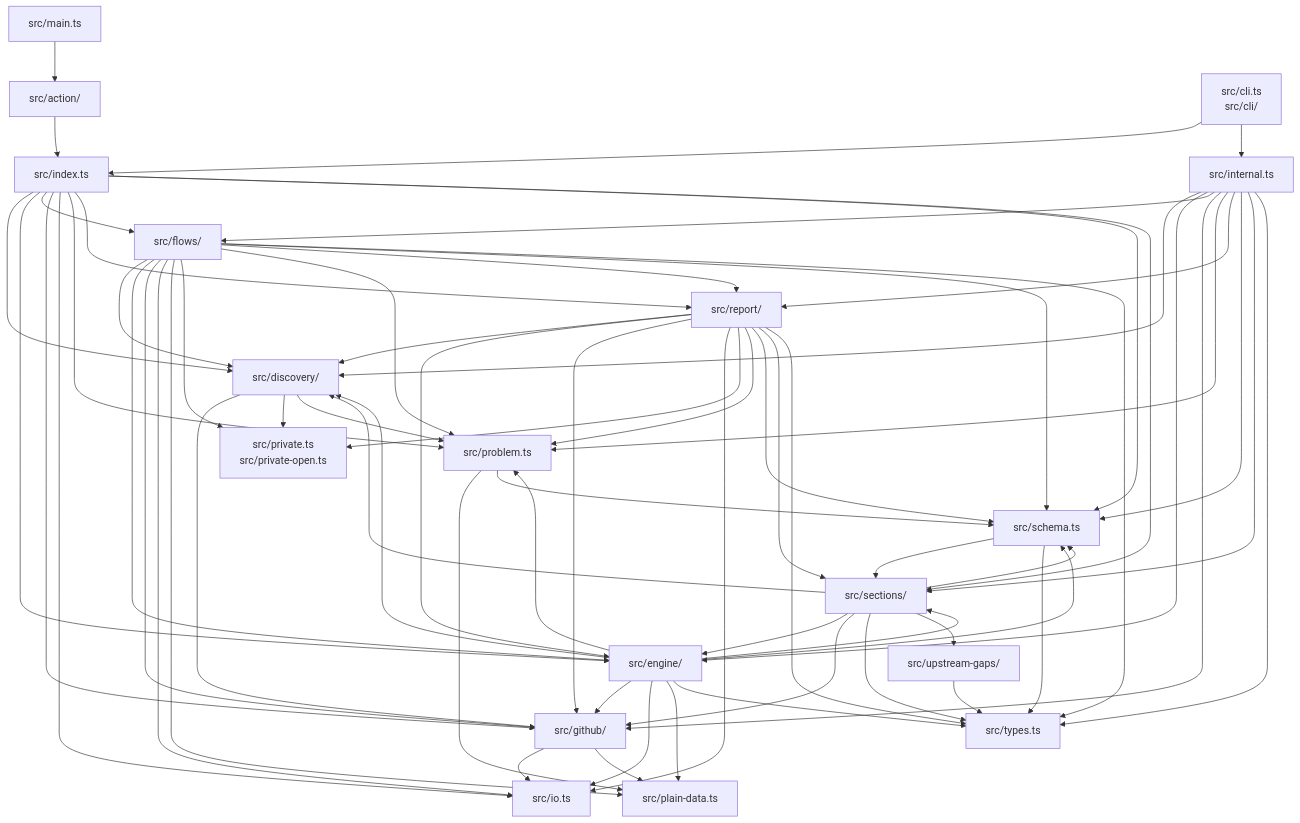
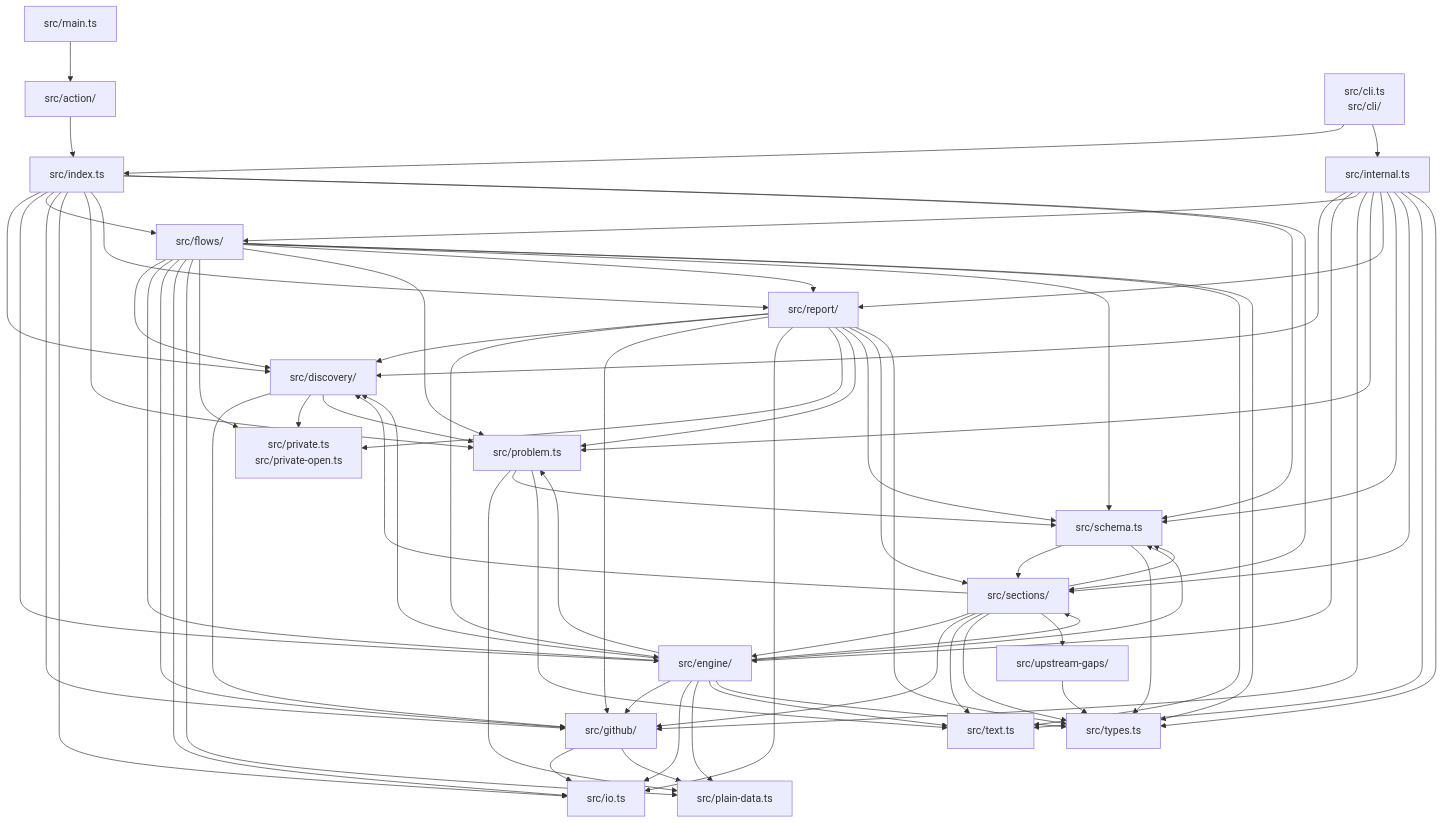
Before and after one commit to Vivswan/github-settings-as-code: the eighth of 8 diagrams in docs/reference/architecture.md, drawn with Mermaid. The commit also changed 48 other files, not shown here.

```diff
--- a/docs/reference/architecture.md
+++ b/docs/reference/architecture.md
@@ -244,6 +244,7 @@
   problem["src/problem.ts"]
   types["src/types.ts"]
   plain_data["src/plain-data.ts"]
+  text["src/text.ts"]
   private["src/private.ts<br>src/private-open.ts"]
   upstream_gaps["src/upstream-gaps/"]
   main --> action
@@ -267,6 +268,7 @@
   internal --> report
   internal --> schema
   internal --> sections
+  internal --> text
   internal --> types
   flows --> discovery
   flows --> engine
@@ -277,6 +279,7 @@
   flows --> problem
   flows --> report
   flows --> schema
+  flows --> text
   flows --> types
   engine --> discovery
   engine --> github
@@ -285,11 +288,13 @@
   engine --> problem
   engine --> schema
   engine --> sections
+  engine --> text
   engine --> types
   sections --> discovery
   sections --> engine
   sections --> github
   sections --> schema
+  sections --> text
   sections --> types
   sections --> upstream_gaps
   github --> io
@@ -308,6 +313,7 @@
   report --> types
   problem --> plain_data
   problem --> schema
+  problem --> text
   schema --> sections
   schema --> types
   upstream_gaps --> types
```
